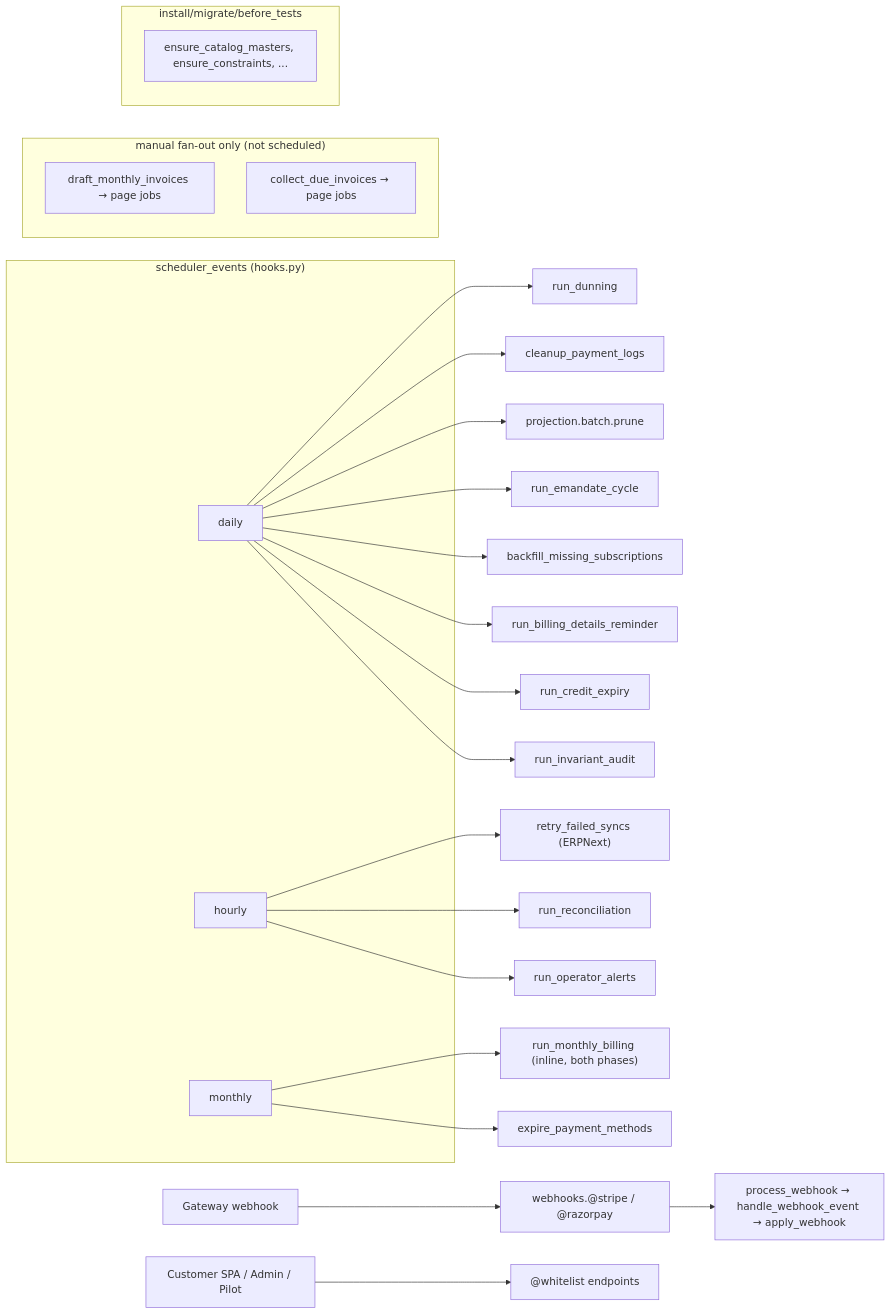
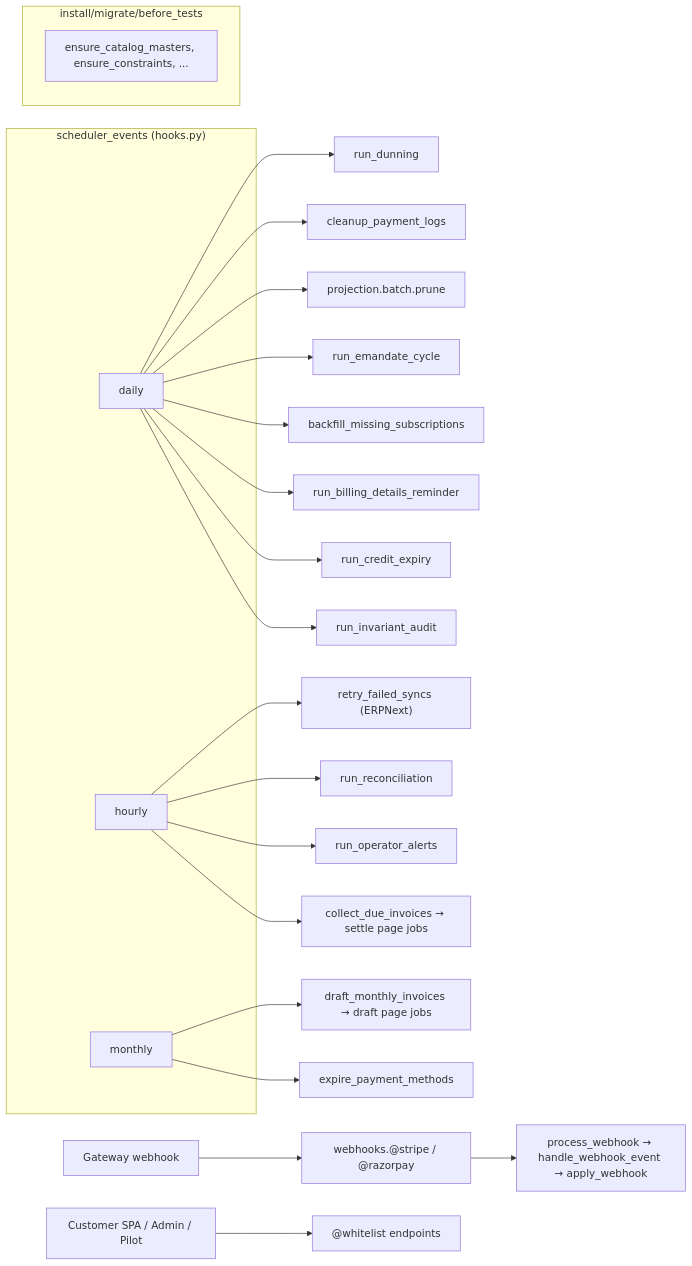
The third of 8 diagrams in central/billing/ARCHITECTURE.md (AryamanSharma14/central), drawn with Mermaid before and after one commit. The commit also changed other lines of this file and 6 other files, not shown here.

Commit message:
feat(billing): run the monthly billing in pages and alert when it stalls

````diff
--- a/central/billing/ARCHITECTURE.md
+++ b/central/billing/ARCHITECTURE.md
@@ -212,34 +212,30 @@
 ```mermaid
 flowchart LR
     subgraph SCHED["scheduler_events (hooks.py)"]
         D1["daily"]
         H1["hourly"]
         M1["monthly"]
     end
     D1 --> RD["run_dunning"]
     D1 --> CP["cleanup_payment_logs"]
     D1 --> PR["projection.batch.prune"]
     D1 --> EM["run_emandate_cycle"]
     D1 --> BF["backfill_missing_subscriptions"]
     D1 --> BR["run_billing_details_reminder"]
     D1 --> CE["run_credit_expiry"]
     D1 --> IA["run_invariant_audit"]
     H1 --> RF["retry_failed_syncs (ERPNext)"]
     H1 --> RR["run_reconciliation"]
     H1 --> OA["run_operator_alerts"]
-    M1 --> RMB["run_monthly_billing (inline, both phases)"]
+    M1 --> DMI["draft_monthly_invoices → draft page jobs"]
     M1 --> EX["expire_payment_methods"]
-
-    subgraph MANUAL["manual fan-out only (not scheduled)"]
-        DMI["draft_monthly_invoices → page jobs"]
-        CDI["collect_due_invoices → page jobs"]
-    end
+    H1 --> CDI["collect_due_invoices → settle page jobs"]
 
     subgraph INSTALL["install/migrate/before_tests"]
         ECM["ensure_catalog_masters, ensure_constraints, ..."]
     end
 
     EXT["Gateway webhook"] --> WH["webhooks.@stripe / @razorpay"]
     WH --> PW["process_webhook → handle_webhook_event → apply_webhook"]
     UI["Customer SPA / Admin / Pilot"] --> API["@whitelist endpoints"]
 ```
````
